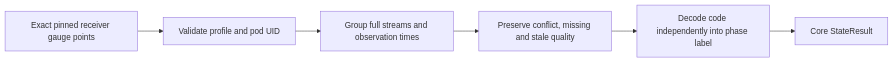
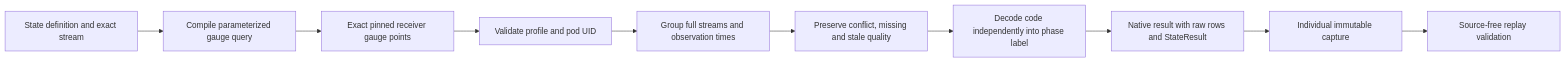
The diagram in docs/POD_STATES.md (casselc/goo), drawn with Mermaid before and after one commit. The commit also changed other lines of this file and 21 other files, not shown here.

Commit message:
feat: bind pod phase states to native execution and captures

````diff
--- a/docs/POD_STATES.md
+++ b/docs/POD_STATES.md
@@ -31,8 +34,12 @@
 ```mermaid
 flowchart LR
-  A[Exact pinned receiver gauge points] --> B[Validate profile and pod UID]
+  Q[State definition and exact stream] --> S[Compile parameterized gauge query]
+  S --> A[Exact pinned receiver gauge points]
+  A --> B[Validate profile and pod UID]
   B --> C[Group full streams and observation times]
   C --> D[Preserve conflict, missing and stale quality]
   D --> E[Decode code independently into phase label]
-  E --> F[Core StateResult]
+  E --> F[Native result with raw rows and StateResult]
+  F --> G[Individual immutable capture]
+  G --> H[Source-free replay validation]
 ```
````
